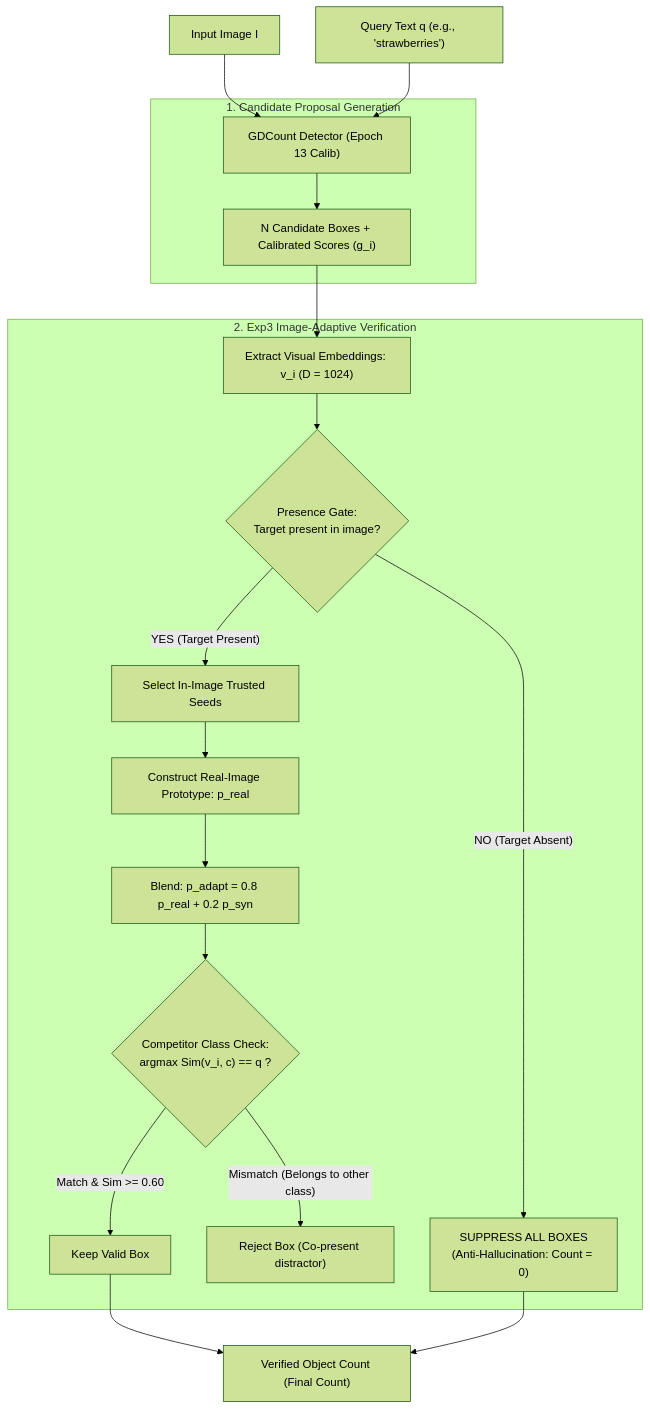
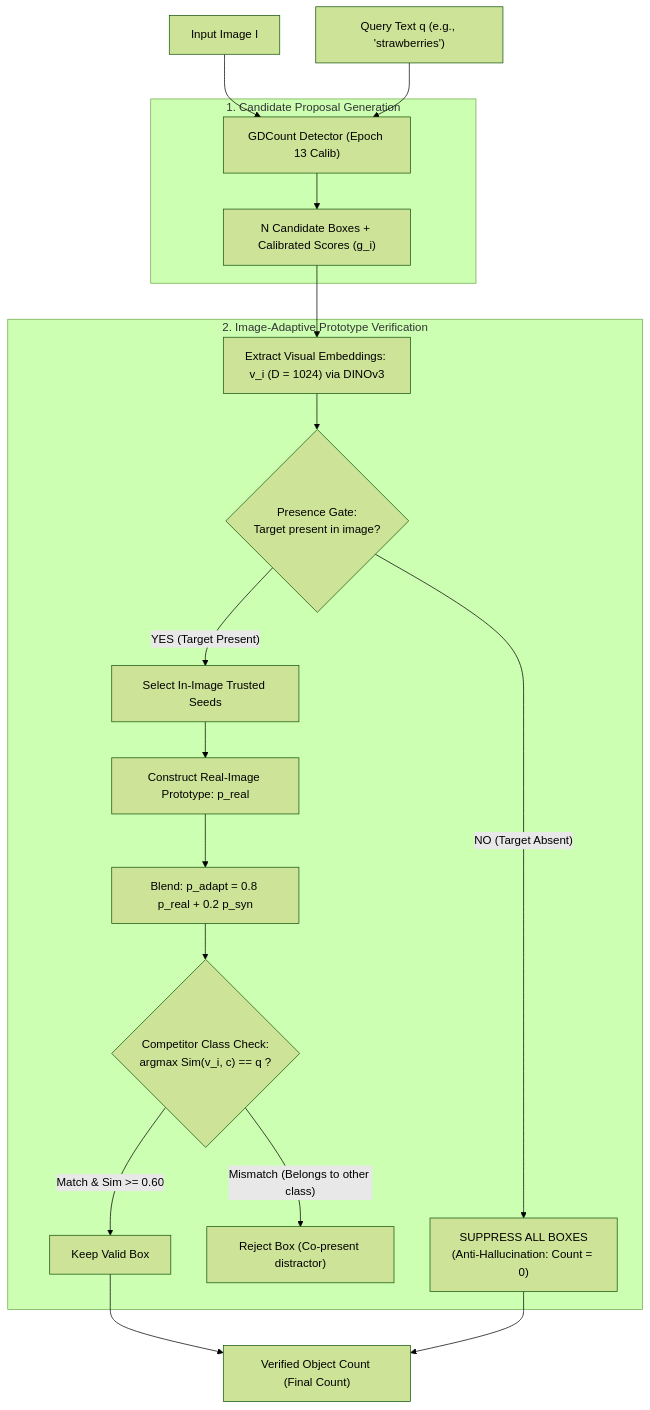
One commit to tranbaotran216/gdcount changed the diagram in README.md. Above: the diagram before and after it, drawn with Mermaid (forest theme). The commit also changed other lines of this file, not shown here.

Commit message:
Update README: remove Exp3 label, add DINOv3 setup and synthetic exemplar explanation

````diff
--- a/README.md
+++ b/README.md
@@ -44,27 +46,27 @@
 ```mermaid
 flowchart TD
     Img["Input Image I"] --> GD["GDCount Detector (Epoch 13 Calib)"]
     Prompt["Query Text q (e.g., 'strawberries')"] --> GD
     
     subgraph DETECTOR ["1. Candidate Proposal Generation"]
         GD --> RawBoxes["N Candidate Boxes + Calibrated Scores (g_i)"]
     end
     
-    subgraph EXP3_POSTPROCESS ["2. Exp3 Image-Adaptive Verification"]
-        RawBoxes --> FeatExt["Extract Visual Embeddings: v_i (D = 1024)"]
+    subgraph ADAPTIVE_POSTPROCESS ["2. Image-Adaptive Prototype Verification"]
+        RawBoxes --> FeatExt["Extract Visual Embeddings: v_i (D = 1024) via DINOv3"]
         FeatExt --> PresGate{"Presence Gate:<br/>Target present in image?"}
         
         PresGate -->|"NO (Target Absent)"| Suppress["SUPPRESS ALL BOXES<br/>(Anti-Hallucination: Count = 0)"]
         
         PresGate -->|"YES (Target Present)"| SeedPool["Select In-Image Trusted Seeds"]
         SeedPool --> PReal["Construct Real-Image Prototype: p_real"]
         PReal --> PAdapt["Blend: p_adapt = 0.8 p_real + 0.2 p_syn"]
         
         PAdapt --> CompCheck{"Competitor Class Check:<br/>argmax Sim(v_i, c) == q ?"}
         CompCheck -->|"Mismatch (Belongs to other class)"| RejectComp["Reject Box (Co-present distractor)"]
         CompCheck -->|"Match & Sim >= 0.60"| KeepBox["Keep Valid Box"]
     end
     
     KeepBox --> FinalCount["Verified Object Count (Final Count)"]
     Suppress --> FinalCount
 ```
````
